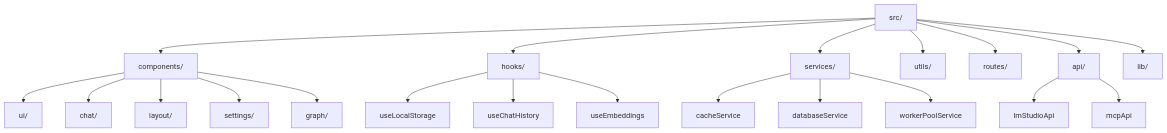
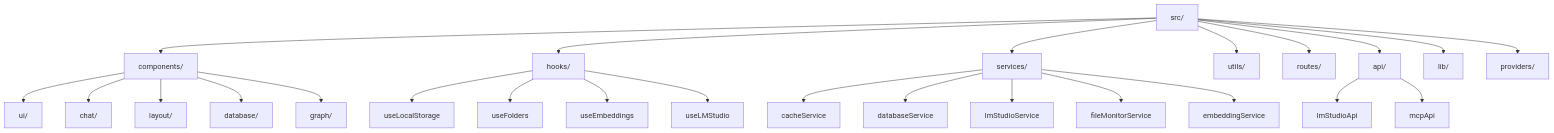
Before and after one commit to SimoKiihamaki/cognicore: the first of 5 diagrams in docs/project-overview.md, drawn with Mermaid. The commit also changed other lines of this file, not shown here.

````diff
--- a/docs/project-overview.md
+++ b/docs/project-overview.md
@@ -35,27 +41,31 @@
 ```mermaid
 graph TD
     A[src/] --> B[components/]
     A --> C[hooks/]
     A --> D[services/]
     A --> E[utils/]
     A --> F[routes/]
     A --> G[api/]
     A --> H[lib/]
+    A --> I[providers/]
     
     B --> B1[ui/]
     B --> B2[chat/]
     B --> B3[layout/]
-    B --> B4[settings/]
+    B --> B4[database/]
     B --> B5[graph/]
     
     C --> C1[useLocalStorage]
-    C --> C2[useChatHistory]
+    C --> C2[useFolders]
     C --> C3[useEmbeddings]
+    C --> C4[useLMStudio]
     
     D --> D1[cacheService]
     D --> D2[databaseService]
-    D --> D3[workerPoolService]
+    D --> D3[lmStudioService]
+    D --> D4[fileMonitorService]
+    D --> D5[embeddingService]
     
     G --> G1[lmStudioApi]
     G --> G2[mcpApi]
 ```
````
